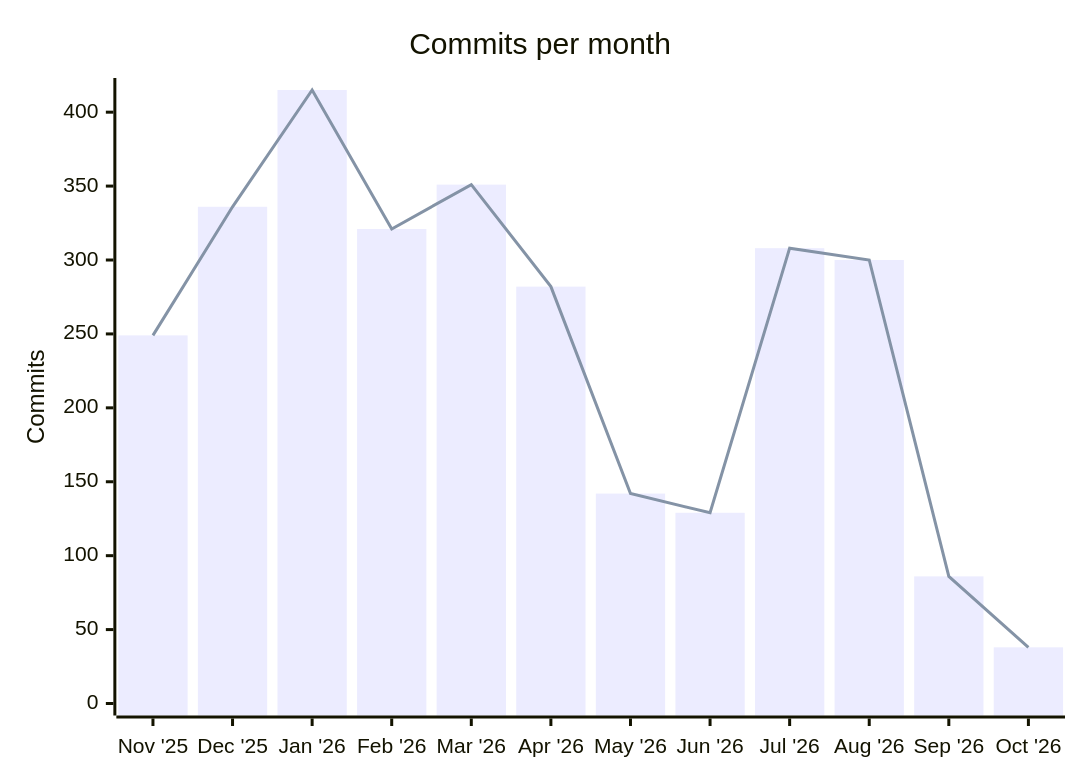
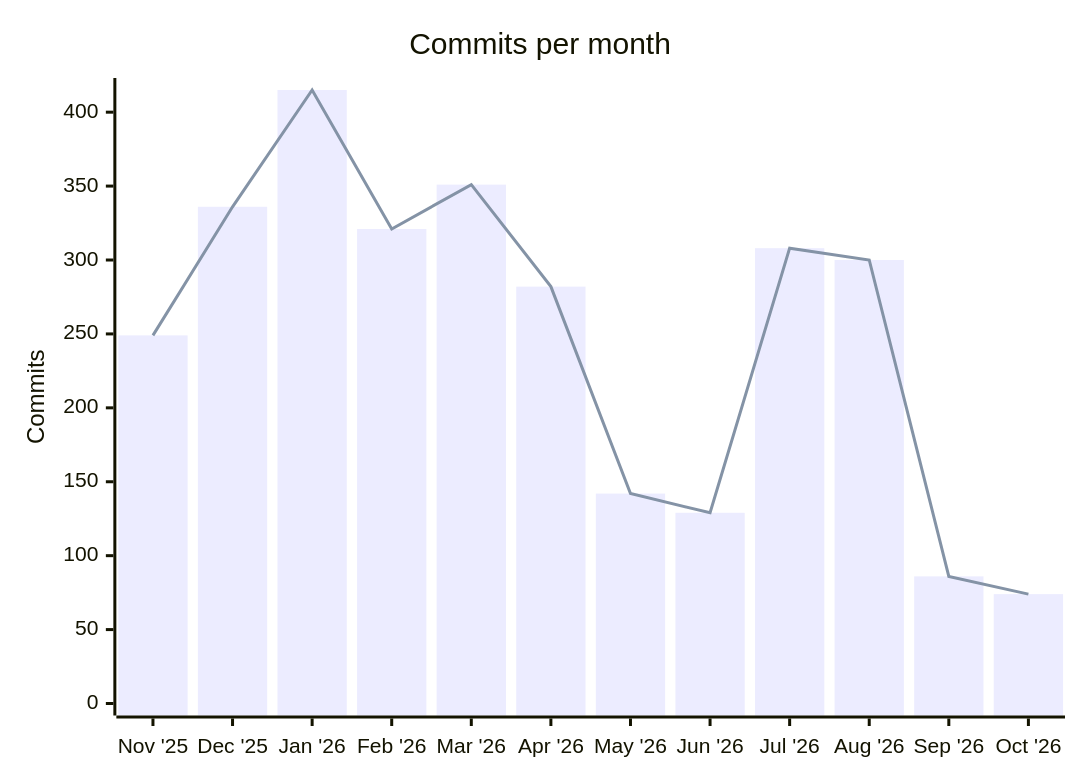
One commit to soderlind/soderlind changed the first of 2 diagrams in README.md. Above: the diagram before and after it, drawn with Mermaid. The commit also changed other lines of this file, not shown here.

Commit message:
Update README plugin listing

````diff
--- a/README.md
+++ b/README.md
@@ -418,8 +418,8 @@
 ```mermaid
 xychart-beta
     title "Commits per month"
     x-axis ["Nov '25", "Dec '25", "Jan '26", "Feb '26", "Mar '26", "Apr '26", "May '26", "Jun '26", "Jul '26", "Aug '26", "Sep '26", "Oct '26"]
     y-axis "Commits" 0 --> 415
-    bar [249, 336, 415, 321, 351, 282, 142, 129, 308, 300, 86, 38]
-    line [249, 336, 415, 321, 351, 282, 142, 129, 308, 300, 86, 38]
+    bar [249, 336, 415, 321, 351, 282, 142, 129, 308, 300, 86, 74]
+    line [249, 336, 415, 321, 351, 282, 142, 129, 308, 300, 86, 74]
 ```
````
